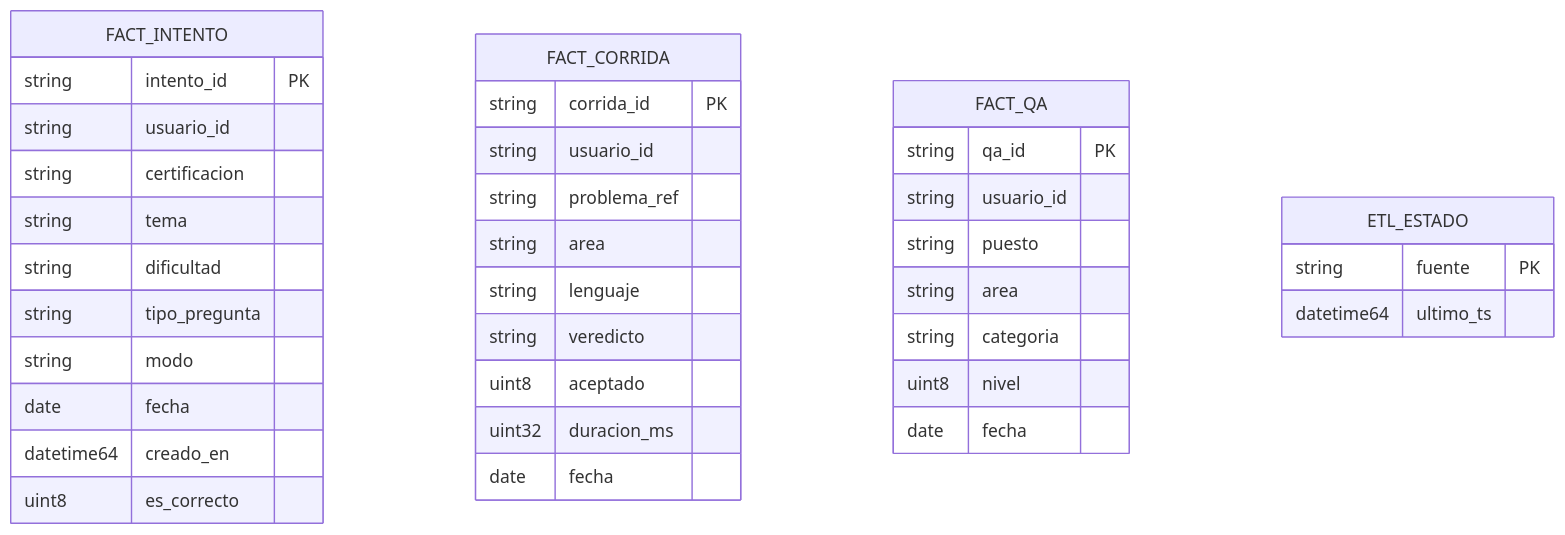
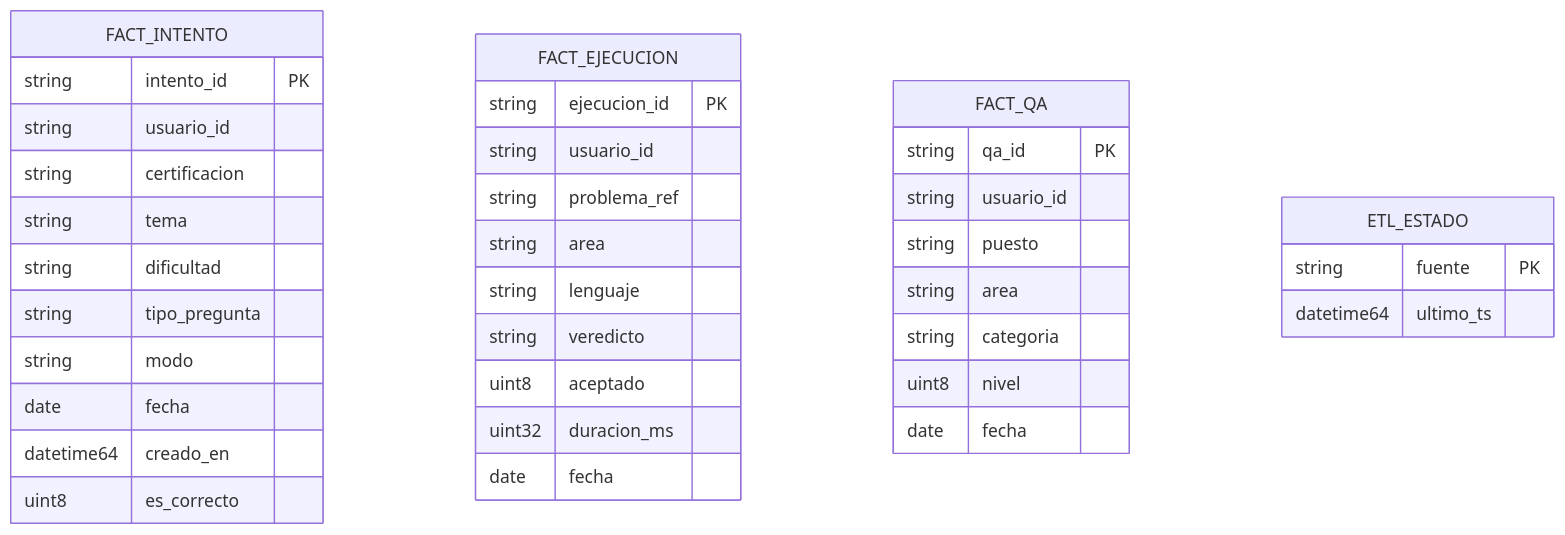
One commit to Diegomed11/CertReady changed the eighth of 11 diagrams in README.md. Above: the diagram before and after it, drawn with Mermaid. The commit also changed other lines of this file and 47 other files, not shown here.

Commit message:
refactor: renombra 'corrida' a 'ejecucion' en todo (BD, codigo, ETL, API, UI)

````diff
--- a/README.md
+++ b/README.md
@@ -552,39 +552,39 @@
 ```mermaid
 erDiagram
   FACT_INTENTO {
     string intento_id PK
     string usuario_id
     string certificacion
     string tema
     string dificultad
     string tipo_pregunta
     string modo
     date fecha
     datetime64 creado_en
     uint8 es_correcto
   }
-  FACT_CORRIDA {
-    string corrida_id PK
+  FACT_EJECUCION {
+    string ejecucion_id PK
     string usuario_id
     string problema_ref
     string area
     string lenguaje
     string veredicto
     uint8 aceptado
     uint32 duracion_ms
     date fecha
   }
   FACT_QA {
     string qa_id PK
     string usuario_id
     string puesto
     string area
     string categoria
     uint8 nivel
     date fecha
   }
   ETL_ESTADO {
     string fuente PK
     datetime64 ultimo_ts
   }
 ```
````
